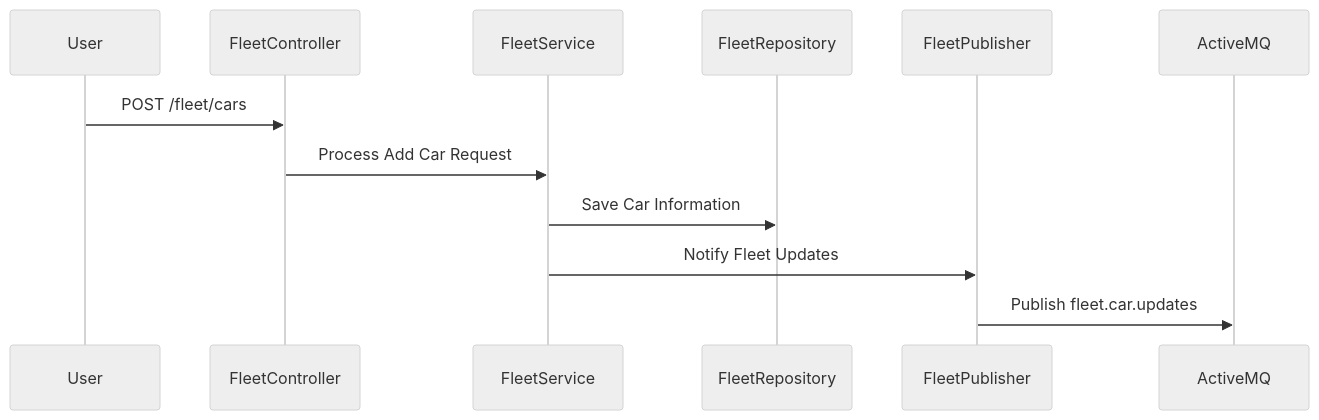
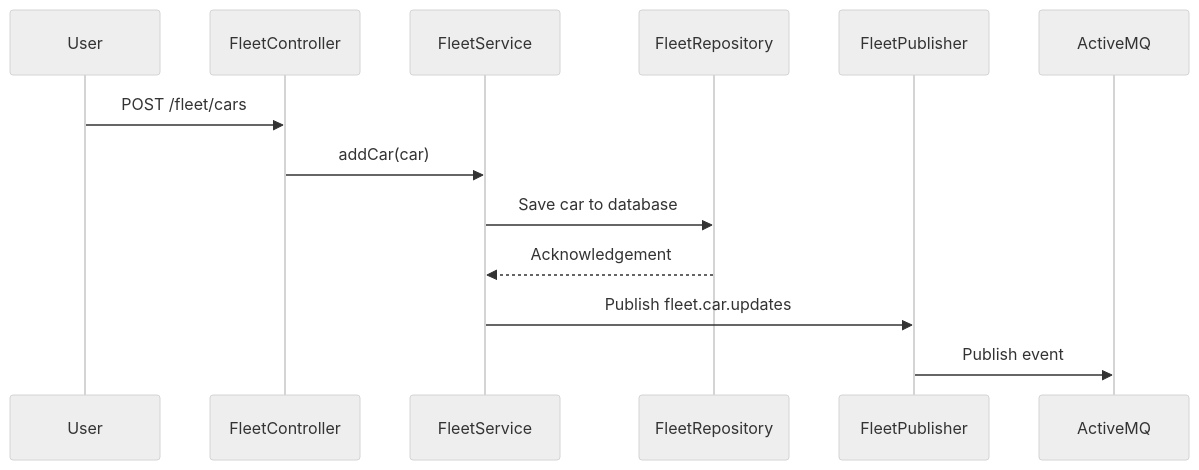
Before and after one commit to jasuahonen/electric-car-taxis: the first of 2 diagrams in README.md, drawn with Mermaid (neutral theme). The commit also changed other lines of this file, not shown here.

Commit message:
Update README.md/class+sequence diagram

````diff
--- a/README.md
+++ b/README.md
@@ -134,15 +134,17 @@
 ```mermaid
 sequenceDiagram
     participant User
     participant FleetController
     participant FleetService
     participant FleetRepository
     participant FleetPublisher
     participant ActiveMQ
 
     User ->> FleetController: POST /fleet/cars
-    FleetController ->> FleetService: Process Add Car Request
-    FleetService ->> FleetRepository: Save Car Information
-    FleetService ->> FleetPublisher: Notify Fleet Updates
-    FleetPublisher ->> ActiveMQ: Publish fleet.car.updates
+    FleetController ->> FleetService: addCar(car)
+    FleetService ->> FleetRepository: Save car to database
+    FleetRepository -->> FleetService: Acknowledgement
+    FleetService ->> FleetPublisher: Publish fleet.car.updates
+    FleetPublisher ->> ActiveMQ: Publish event
+
 ```
````
